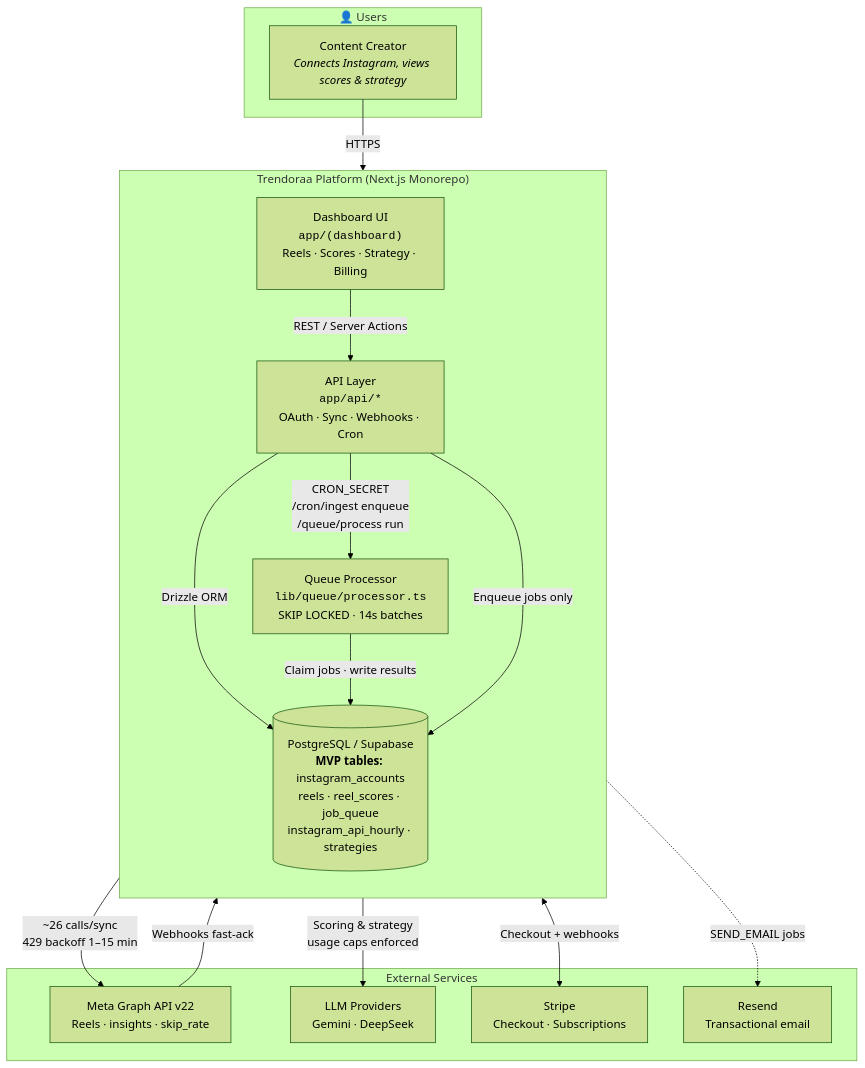
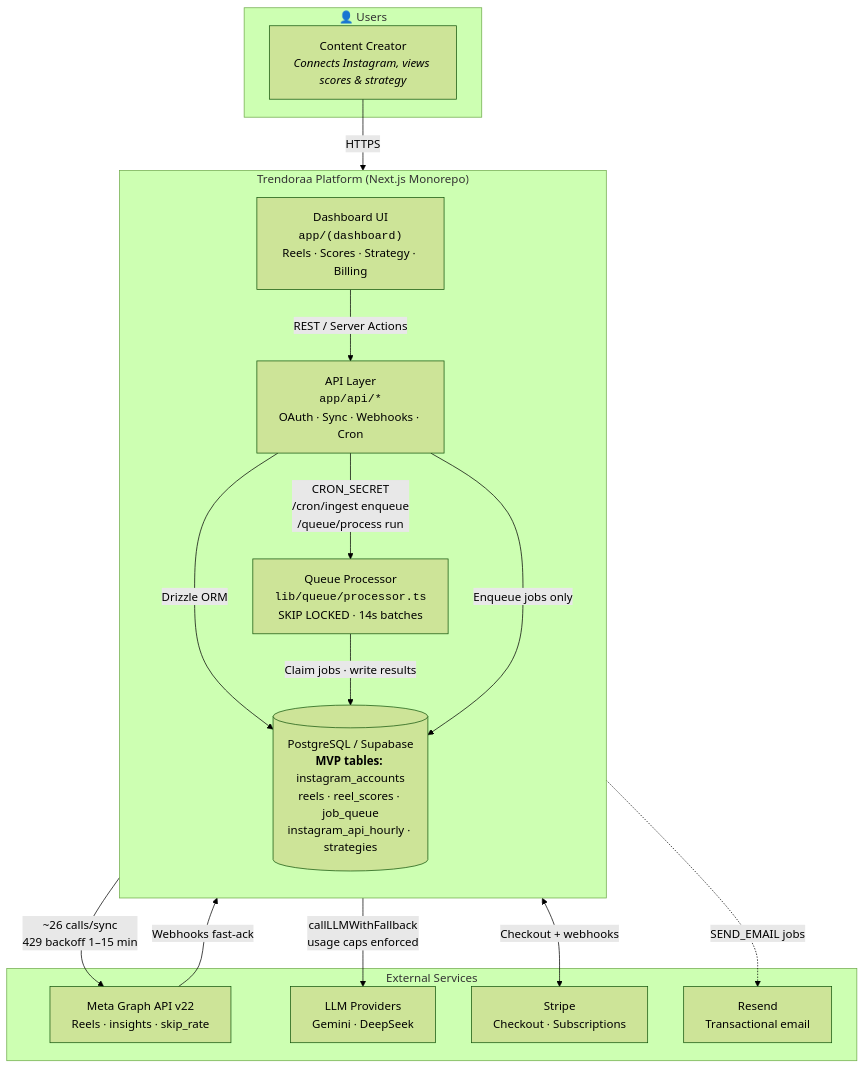
The first of 2 diagrams in docs/prd.md (Jainam2848/ReelMetrics), drawn with Mermaid (forest theme) before and after one commit. The commit also changed other lines of this file and 7 other files, not shown here.

First line of the commit message:
docs: align Mermaid diagrams across docs, spec, and playbook

````diff
--- a/docs/prd.md
+++ b/docs/prd.md
@@ -76,35 +76,35 @@
 ```mermaid
 flowchart TB
     subgraph People["👤 Users"]
         Creator["Content Creator<br/><i>Connects Instagram, views scores & strategy</i>"]
     end
 
     subgraph Trendoraa["Trendoraa Platform (Next.js Monorepo)"]
         direction TB
         FE["Dashboard UI<br/><code>app/(dashboard)</code><br/>Reels · Scores · Strategy · Billing"]
         API["API Layer<br/><code>app/api/*</code><br/>OAuth · Sync · Webhooks · Cron"]
         Worker["Queue Processor<br/><code>lib/queue/processor.ts</code><br/>SKIP LOCKED · 14s batches"]
         DB[("PostgreSQL / Supabase<br/><b>MVP tables:</b> instagram_accounts<br/>reels · reel_scores · job_queue<br/>instagram_api_hourly · strategies")]
     end
 
     subgraph External["External Services"]
         Meta["Meta Graph API v22<br/>Reels · insights · skip_rate"]
         LLM["LLM Providers<br/>Gemini · DeepSeek"]
         Stripe["Stripe<br/>Checkout · Subscriptions"]
         Resend["Resend<br/>Transactional email"]
     end
 
     Creator -->|"HTTPS"| FE
     FE -->|"REST / Server Actions"| API
     API -->|"Drizzle ORM"| DB
     Worker -->|"Claim jobs · write results"| DB
     API -->|"Enqueue jobs only"| DB
 
     Worker -->|"~26 calls/sync<br/>429 backoff 1–15 min"| Meta
-    Worker -->|"Scoring & strategy<br/>usage caps enforced"| LLM
+    Worker -->|"callLLMWithFallback<br/>usage caps enforced"| LLM
     API <-->|"Checkout + webhooks"| Stripe
     Worker -.->|"SEND_EMAIL jobs"| Resend
 
     Meta -->|"Webhooks fast-ack"| API
     API -->|"CRON_SECRET<br/>/cron/ingest enqueue<br/>/queue/process run"| Worker
 ```
````
